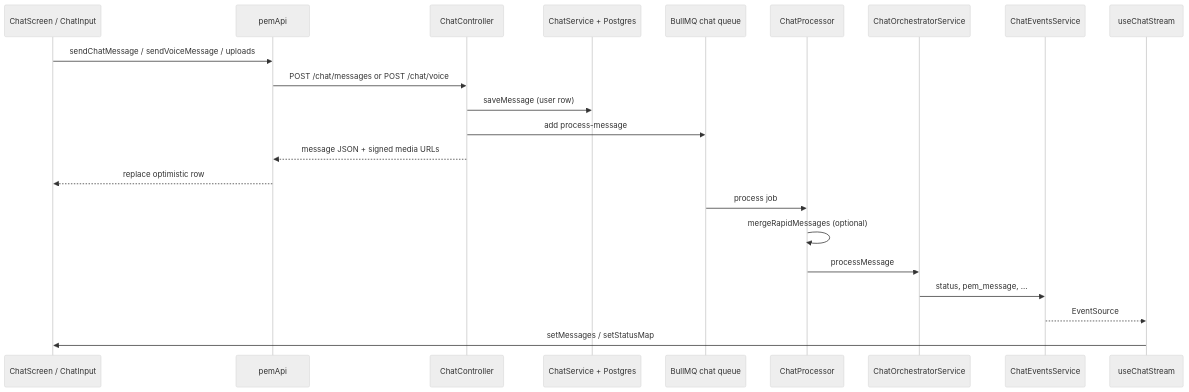
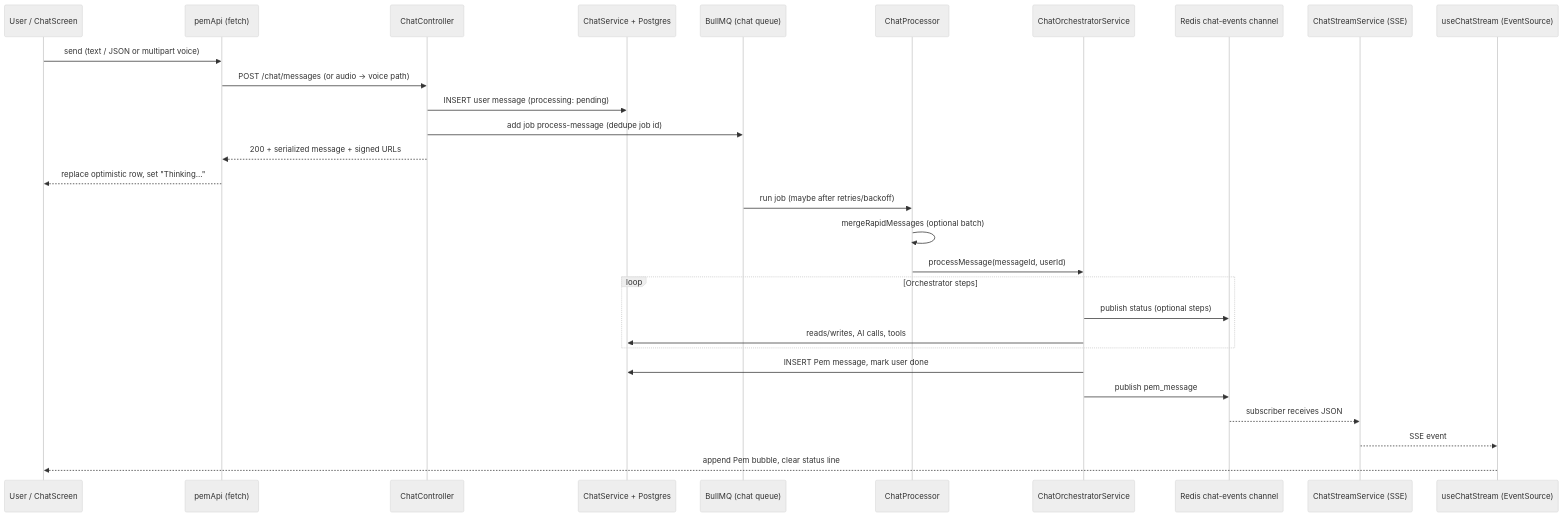
The second of 3 diagrams in chat-message-pipeline.md (onfinite/pem), drawn with Mermaid (neutral theme) before and after one commit. The commit also changed other lines of this file and 392 other files, not shown here.

````diff
--- a/chat-message-pipeline.md
+++ b/chat-message-pipeline.md
@@ -185,26 +147,35 @@
 ```mermaid
 sequenceDiagram
-  participant UI as ChatScreen / ChatInput
-  participant API as pemApi
-  participant Ctrl as ChatController
+  participant U as User / ChatScreen
+  participant API as pemApi (fetch)
+  participant C as ChatController
   participant DB as ChatService + Postgres
-  participant Q as BullMQ chat queue
+  participant Q as BullMQ (chat queue)
   participant W as ChatProcessor
-  participant Orch as ChatOrchestratorService
-  participant SSE as ChatEventsService
-  participant App as useChatStream
+  participant O as ChatOrchestratorService
+  participant R as Redis chat-events channel
+  participant S as ChatStreamService (SSE)
+  participant ES as useChatStream (EventSource)
 
-  UI->>API: sendChatMessage / sendVoiceMessage / uploads
-  API->>Ctrl: POST /chat/messages or POST /chat/voice
-  Ctrl->>DB: saveMessage (user row)
-  Ctrl->>Q: add process-message
-  Ctrl-->>API: message JSON + signed media URLs
-  API-->>UI: replace optimistic row
+  U->>API: send (text / JSON or multipart voice)
+  API->>C: POST /chat/messages (or audio → voice path)
+  C->>DB: INSERT user message (processing: pending)
+  C->>Q: add job process-message (dedupe job id)
+  C-->>API: 200 + serialized message + signed URLs
+  API-->>U: replace optimistic row, set "Thinking..."
 
-  Q->>W: process job
-  W->>W: mergeRapidMessages (optional)
-  W->>Orch: processMessage
-  Orch->>SSE: status, pem_message, …
-  SSE-->>App: EventSource
-  App->>UI: setMessages / setStatusMap
+  Q->>W: run job (maybe after retries/backoff)
+  W->>W: mergeRapidMessages (optional batch)
+  W->>O: processMessage(messageId, userId)
+
+  loop Orchestrator steps
+    O->>R: publish status (optional steps)
+    O->>DB: reads/writes, AI calls, tools
+  end
+
+  O->>DB: INSERT Pem message, mark user done
+  O->>R: publish pem_message
+  R-->>S: subscriber receives JSON
+  S-->>ES: SSE event
+  ES-->>U: append Pem bubble, clear status line
 ```
````
